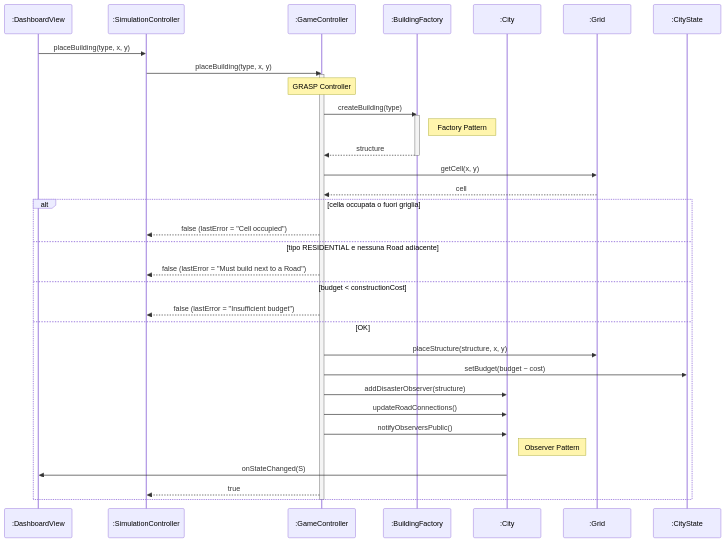
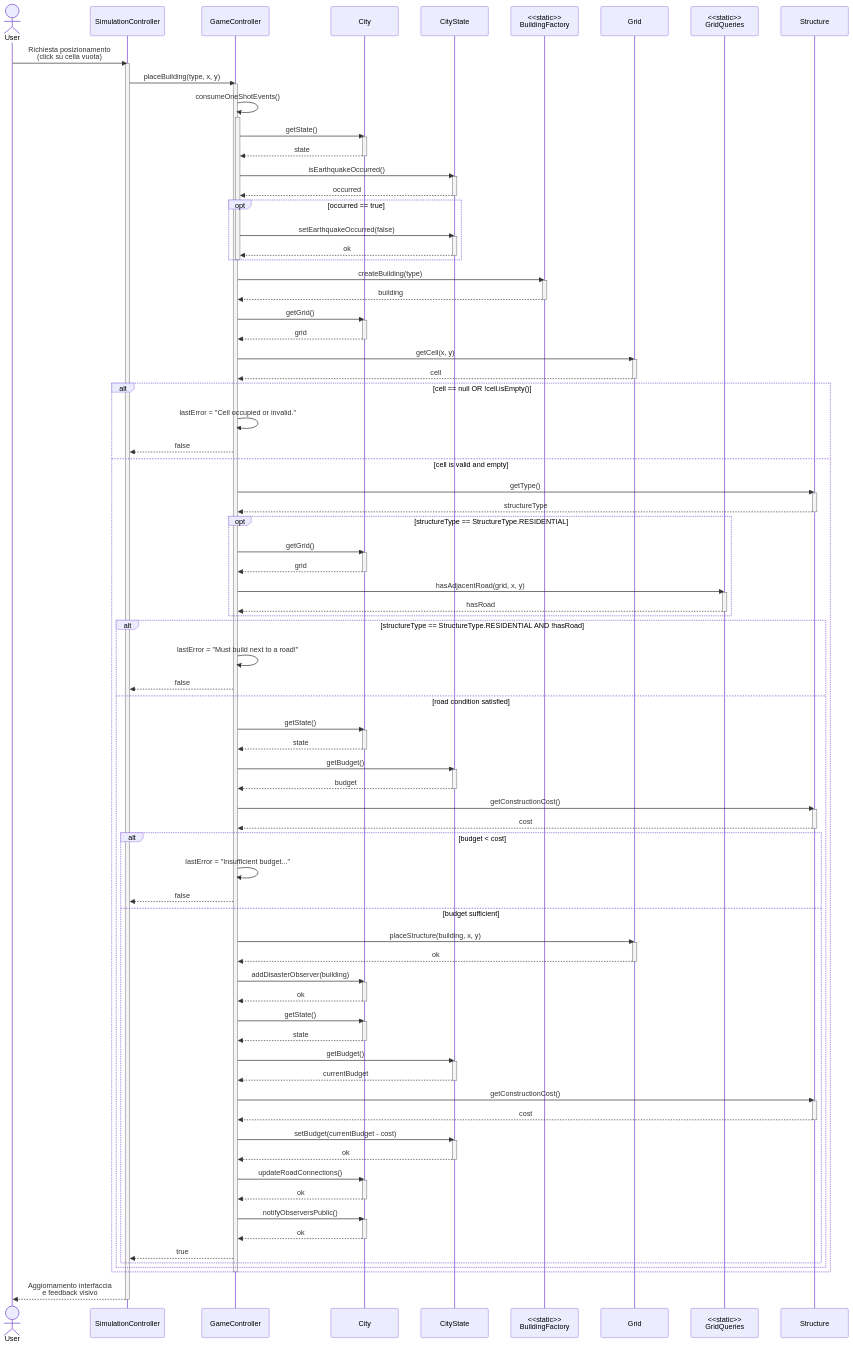
Before and after one commit to simonebumstead/city_simulator: the tenth of 13 diagrams in docs/DesignDocument.md, drawn with Mermaid. The commit also changed other lines of this file and 16 other files, not shown here.

````diff
--- a/docs/DesignDocument.md
+++ b/docs/DesignDocument.md
@@ -532,42 +681,144 @@
 ```mermaid
 sequenceDiagram
-    participant UI as :DashboardView
-    participant SC as :SimulationController
-    participant GC as :GameController
-    participant F as :BuildingFactory
-    participant City as :City
-    participant Grid as :Grid
-    participant S as :CityState
+    actor User
+    participant UI as SimulationController
+    participant GC as GameController
+    participant City as City
+    participant State as CityState
+    participant Factory as <<static>><br/>BuildingFactory
+    participant Grid as Grid
+    participant Queries as <<static>><br/>GridQueries
+    participant Structure as Structure
 
-    UI->>SC: placeBuilding(type, x, y)
-    SC->>GC: placeBuilding(type, x, y)
+    User->>UI: Richiesta posizionamento<br/>(click su cella vuota)
+    activate UI
+    UI->>GC: placeBuilding(type, x, y)
     activate GC
-    Note over GC: GRASP Controller
 
-    GC->>F: createBuilding(type)
-    activate F
-    Note right of F: Factory Pattern
-    F-->>GC: structure
-    deactivate F
+    GC->>GC: consumeOneShotEvents()
+    activate GC
+    GC->>City: getState()
+    activate City
+    City-->>GC: state
+    deactivate City
+    GC->>State: isEarthquakeOccurred()
+    activate State
+    State-->>GC: occurred
+    deactivate State
+
+    opt occurred == true
+        GC->>State: setEarthquakeOccurred(false)
+        activate State
+        State-->>GC: ok
+        deactivate State
+    end
+    deactivate GC
+
+    GC->>Factory: createBuilding(type)
+    activate Factory
+    Factory-->>GC: building
+    deactivate Factory
+
+    GC->>City: getGrid()
+    activate City
+    City-->>GC: grid
+    deactivate City
 
     GC->>Grid: getCell(x, y)
+    activate Grid
     Grid-->>GC: cell
+    deactivate Grid
 
-    alt cella occupata o fuori griglia
-        GC-->>SC: false (lastError = "Cell occupied")
-    else tipo RESIDENTIAL e nessuna Road adiacente
-        GC-->>SC: false (lastError = "Must build next to a Road")
-    else budget < constructionCost
-        GC-->>SC: false (lastError = "Insufficient budget")
-    else OK
-        GC->>Grid: placeStructure(structure, x, y)
-        GC->>S: setBudget(budget − cost)
-        GC->>City: addDisasterObserver(structure)
-        GC->>City: updateRoadConnections()
-        GC->>City: notifyObserversPublic()
-        Note right of City: Observer Pattern
-        City->>UI: onStateChanged(S)
-        GC-->>SC: true
+    alt cell == null OR !cell.isEmpty()
+        GC->>GC: lastError = "Cell occupied or invalid."
+        GC-->>UI: false
+    else cell is valid and empty
+        GC->>Structure: getType()
+        activate Structure
+        Structure-->>GC: structureType
+        deactivate Structure
+
+        opt structureType == StructureType.RESIDENTIAL
+            GC->>City: getGrid()
+            activate City
+            City-->>GC: grid
+            deactivate City
+
+            GC->>Queries: hasAdjacentRoad(grid, x, y)
+            activate Queries
+            Queries-->>GC: hasRoad
+            deactivate Queries
+        end
+
+        alt structureType == StructureType.RESIDENTIAL AND !hasRoad
+            GC->>GC: lastError = "Must build next to a road!"
+            GC-->>UI: false
+        else road condition satisfied
+            GC->>City: getState()
+            activate City
+            City-->>GC: state
+            deactivate City
+
+            GC->>State: getBudget()
+            activate State
+            State-->>GC: budget
+            deactivate State
+
+            GC->>Structure: getConstructionCost()
+            activate Structure
+            Structure-->>GC: cost
+            deactivate Structure
+
+            alt budget < cost
+                GC->>GC: lastError = "Insufficient budget..."
+                GC-->>UI: false
+            else budget sufficient
+                GC->>Grid: placeStructure(building, x, y)
+                activate Grid
+                Grid-->>GC: ok
+                deactivate Grid
+
+                GC->>City: addDisasterObserver(building)
+                activate City
+                City-->>GC: ok
+                deactivate City
+
+                GC->>City: getState()
+                activate City
+                City-->>GC: state
+                deactivate City
+
+                GC->>State: getBudget()
+                activate State
+                State-->>GC: currentBudget
+                deactivate State
+
+                GC->>Structure: getConstructionCost()
+                activate Structure
+                Structure-->>GC: cost
+                deactivate Structure
+
+                GC->>State: setBudget(currentBudget - cost)
+                activate State
+                State-->>GC: ok
+                deactivate State
+
+                GC->>City: updateRoadConnections()
+                activate City
+                City-->>GC: ok
+                deactivate City
+
+                GC->>City: notifyObserversPublic()
+                activate City
+                City-->>GC: ok
+                deactivate City
+
+                GC-->>UI: true
+            end
+        end
     end
+
     deactivate GC
+    UI-->>User: Aggiornamento interfaccia<br/>e feedback visivo
+    deactivate UI
 ```
````
